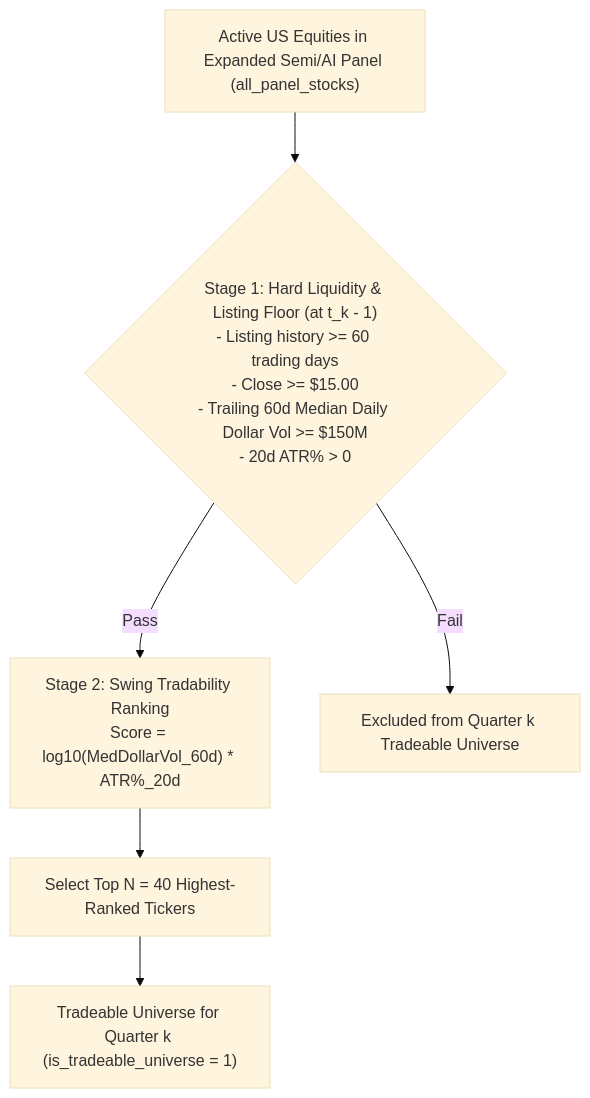
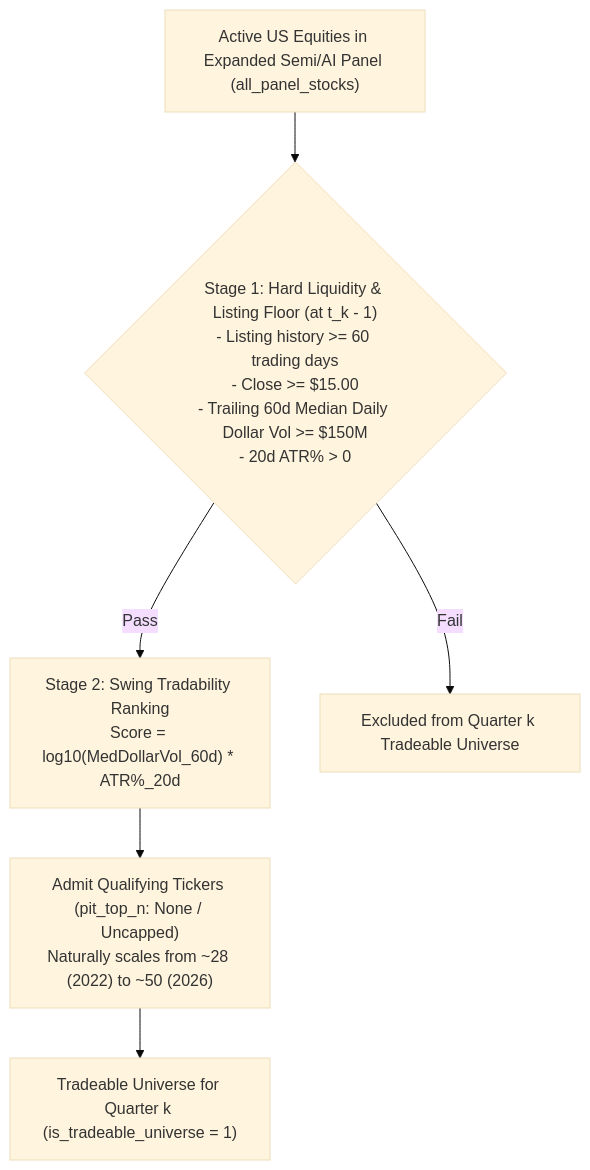
One commit to ericzhangrva/semiswing changed the first of 3 diagrams in docs/instruction.md. Above: the diagram before and after it, drawn with Mermaid (base theme). The commit also changed other lines of this file and 9 other files, not shown here.

First line of the commit message:
feat(universe): uncap PIT universe selection and update backtest results

````diff
--- a/docs/instruction.md
+++ b/docs/instruction.md
@@ -29,8 +29,8 @@
 ```mermaid
 flowchart TD
     Pool["Active US Equities in Expanded Semi/AI Panel (all_panel_stocks)"] --> Stage1{"Stage 1: Hard Liquidity & Listing Floor (at t_k - 1)\n- Listing history >= 60 trading days\n- Close >= $15.00\n- Trailing 60d Median Daily Dollar Vol >= $150M\n- 20d ATR% > 0"}
     Stage1 -->|Pass| Stage2["Stage 2: Swing Tradability Ranking\nScore = log10(MedDollarVol_60d) * ATR%_20d"]
     Stage1 -->|Fail| Exclude["Excluded from Quarter k Tradeable Universe"]
-    Stage2 --> Top40["Select Top N = 40 Highest-Ranked Tickers"]
-    Top40 --> Universe["Tradeable Universe for Quarter k (is_tradeable_universe = 1)"]
+    Stage2 --> Select["Admit Qualifying Tickers (pit_top_n: None / Uncapped)\nNaturally scales from ~28 (2022) to ~50 (2026)"]
+    Select --> Universe["Tradeable Universe for Quarter k (is_tradeable_universe = 1)"]
 ```
````
